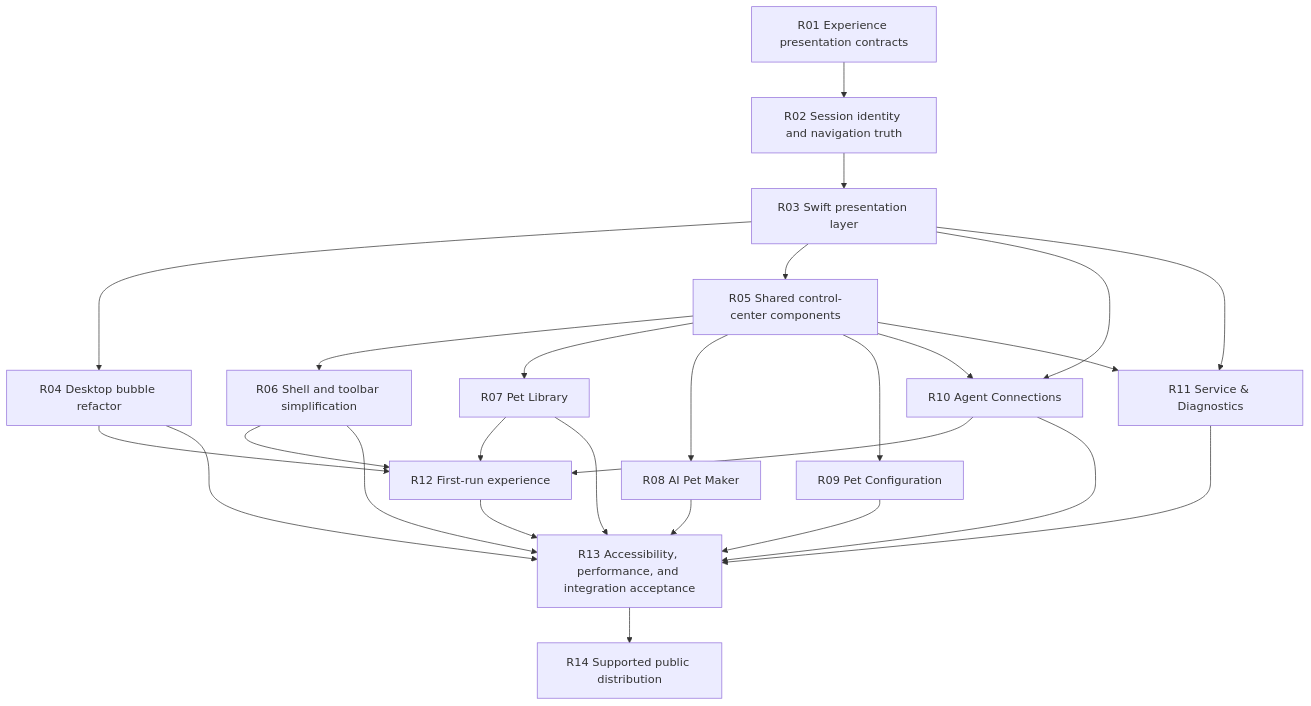
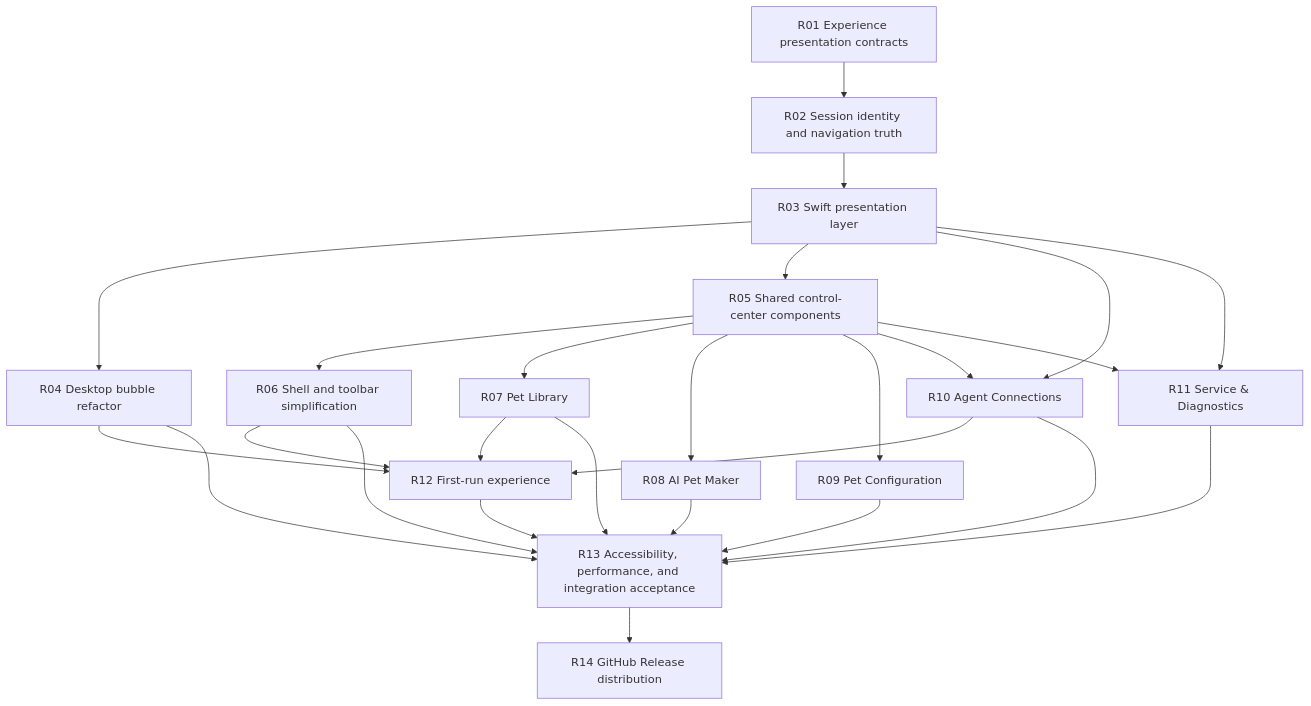
One commit to xjxtree/agent-pet-companion changed the diagram in docs/development/product-refactor-execution.md. Above: the diagram before and after it, drawn with Mermaid. The commit also changed other lines of this file and 46 other files, not shown here.

Commit message:
refactor: simplify product UI and GitHub release

````diff
--- a/docs/development/product-refactor-execution.md
+++ b/docs/development/product-refactor-execution.md
@@ -26,28 +26,28 @@
 ```mermaid
 flowchart TD
     R01["R01 Experience presentation contracts"] --> R02["R02 Session identity and navigation truth"]
     R02 --> R03["R03 Swift presentation layer"]
     R03 --> R04["R04 Desktop bubble refactor"]
     R03 --> R05["R05 Shared control-center components"]
     R05 --> R06["R06 Shell and toolbar simplification"]
     R05 --> R07["R07 Pet Library"]
     R05 --> R08["R08 AI Pet Maker"]
     R05 --> R09["R09 Pet Configuration"]
     R03 --> R10["R10 Agent Connections"]
     R05 --> R10
     R03 --> R11["R11 Service & Diagnostics"]
     R05 --> R11
     R06 --> R12["R12 First-run experience"]
     R07 --> R12
     R10 --> R12
     R04 --> R12
     R04 --> R13["R13 Accessibility, performance, and integration acceptance"]
     R06 --> R13
     R07 --> R13
     R08 --> R13
     R09 --> R13
     R10 --> R13
     R11 --> R13
     R12 --> R13
-    R13 --> R14["R14 Supported public distribution"]
+    R13 --> R14["R14 GitHub Release distribution"]
 ```
````
